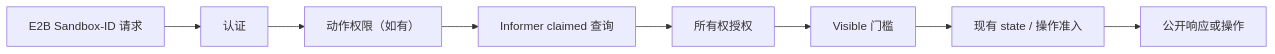
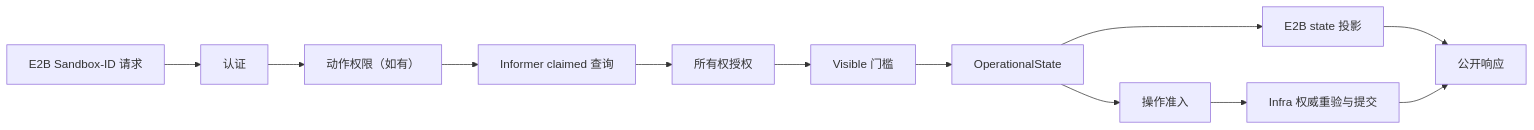
The diagram in docs/proposals/20260826-sandbox-lookup-e2b-visibility-CN.md (AiRanthem/agents), drawn with Mermaid before and after one commit. The commit also changed other lines of this file and 1 other file, not shown here.

````diff
--- a/docs/proposals/20260826-sandbox-lookup-e2b-visibility-CN.md
+++ b/docs/proposals/20260826-sandbox-lookup-e2b-visibility-CN.md
@@ -116,10 +134,14 @@
 ```mermaid
 flowchart LR
     Request[E2B Sandbox-ID 请求] --> Auth[认证]
     Auth --> Permission[动作权限（如有）]
     Permission --> Lookup[Informer claimed 查询]
     Lookup --> Owner[所有权授权]
     Owner --> Visible[Visible 门槛]
-    Visible --> State[现有 state / 操作准入]
-    State --> Result[公开响应或操作]
+    Visible --> Operational[OperationalState]
+    Operational --> Projection[E2B state 投影]
+    Operational --> Admission[操作准入]
+    Admission --> Capability[Infra 权威重验与提交]
+    Projection --> Result[公开响应]
+    Capability --> Result
 ```
````
